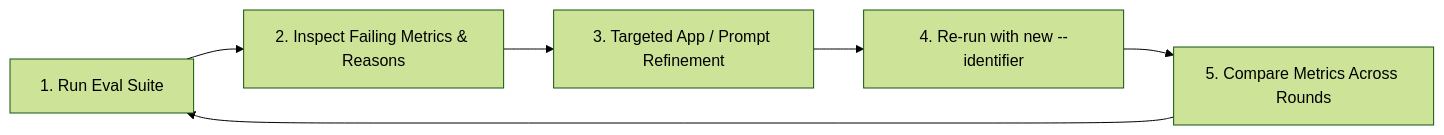
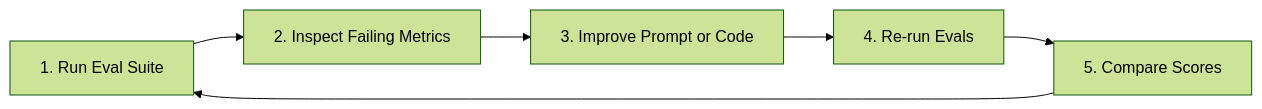
One commit to SudeepKagi/devmate changed the fifth of 5 diagrams in README.md. Above: the diagram before and after it, drawn with Mermaid (forest theme). The commit also changed other lines of this file, not shown here.

Commit message:
Simplify Mermaid diagrams and remove emojis for clean GitHub rendering

````diff
--- a/README.md
+++ b/README.md
@@ -404,8 +347,8 @@
 ```mermaid
-graph LR
-    A["1. Run Eval Suite"] --> B["2. Inspect Failing Metrics & Reasons"]
-    B --> C["3. Targeted App / Prompt Refinement"]
-    C --> D["4. Re-run with new --identifier"]
-    D --> E["5. Compare Metrics Across Rounds"]
+flowchart LR
+    A[1. Run Eval Suite] --> B[2. Inspect Failing Metrics]
+    B --> C[3. Improve Prompt or Code]
+    C --> D[4. Re-run Evals]
+    D --> E[5. Compare Scores]
     E --> A
 ```
````
